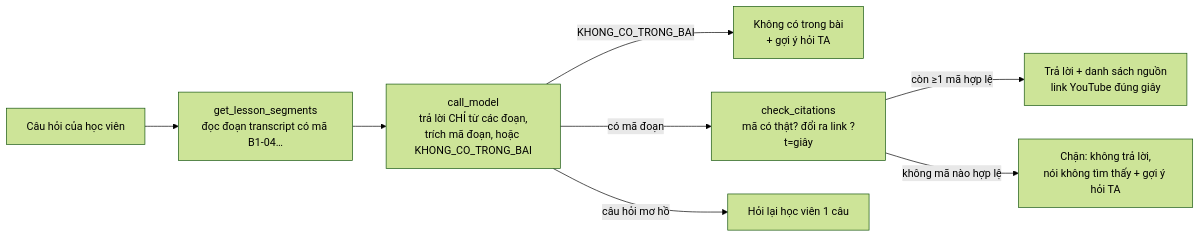
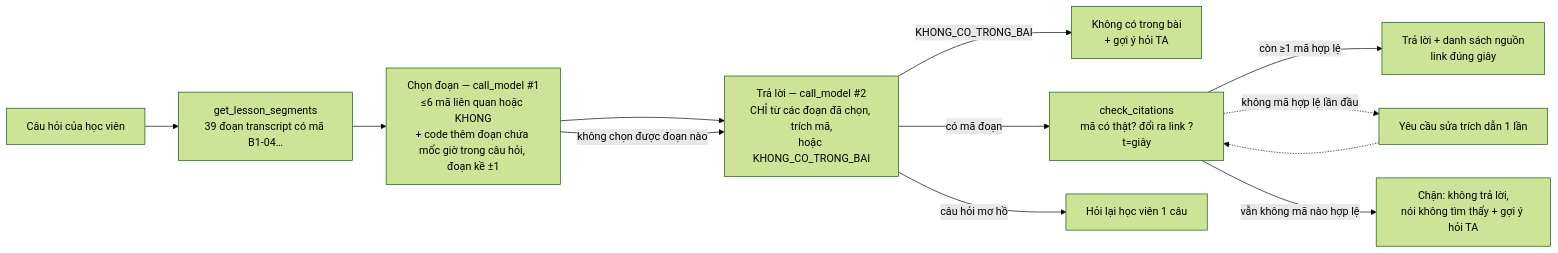
One commit to tmduc23/K5-Day15-L3B-Aurora-A changed the diagram in spec.md. Above: the diagram before and after it, drawn with Mermaid (forest theme). The commit also changed other lines of this file and 24 other files, not shown here.

````diff
--- a/spec.md
+++ b/spec.md
@@ -46,10 +46,13 @@
 ```mermaid
 flowchart LR
-    Q[Câu hỏi của học viên] --> T1[get_lesson_segments<br/>đọc đoạn transcript có mã B1-04…]
-    T1 --> M[call_model<br/>trả lời CHỈ từ các đoạn,<br/>trích mã đoạn, hoặc KHONG_CO_TRONG_BAI]
+    Q[Câu hỏi của học viên] --> T1[get_lesson_segments<br/>39 đoạn transcript có mã B1-04…]
+    T1 --> S[Chọn đoạn — call_model #1<br/>≤6 mã liên quan hoặc KHONG<br/>+ code thêm đoạn chứa mốc giờ trong câu hỏi, đoạn kề ±1]
+    S --> M[Trả lời — call_model #2<br/>CHỈ từ các đoạn đã chọn, trích mã,<br/>hoặc KHONG_CO_TRONG_BAI]
+    S -->|không chọn được đoạn nào| M
     M -->|KHONG_CO_TRONG_BAI| R1[Không có trong bài<br/>+ gợi ý hỏi TA]
     M -->|có mã đoạn| T2[check_citations<br/>mã có thật? đổi ra link ?t=giây]
-    T2 -->|còn ≥1 mã hợp lệ| A[Trả lời + danh sách nguồn<br/>link YouTube đúng giây]
-    T2 -->|không mã nào hợp lệ| R2[Chặn: không trả lời,<br/>nói không tìm thấy + gợi ý hỏi TA]
+    T2 -->|còn ≥1 mã hợp lệ| A[Trả lời + danh sách nguồn<br/>link đúng giây]
+    T2 -.->|không mã hợp lệ lần đầu| FX[Yêu cầu sửa trích dẫn 1 lần] -.-> T2
+    T2 -->|vẫn không mã nào hợp lệ| R2[Chặn: không trả lời,<br/>nói không tìm thấy + gợi ý hỏi TA]
     M -->|câu hỏi mơ hồ| H[Hỏi lại học viên 1 câu]
 ```
````
